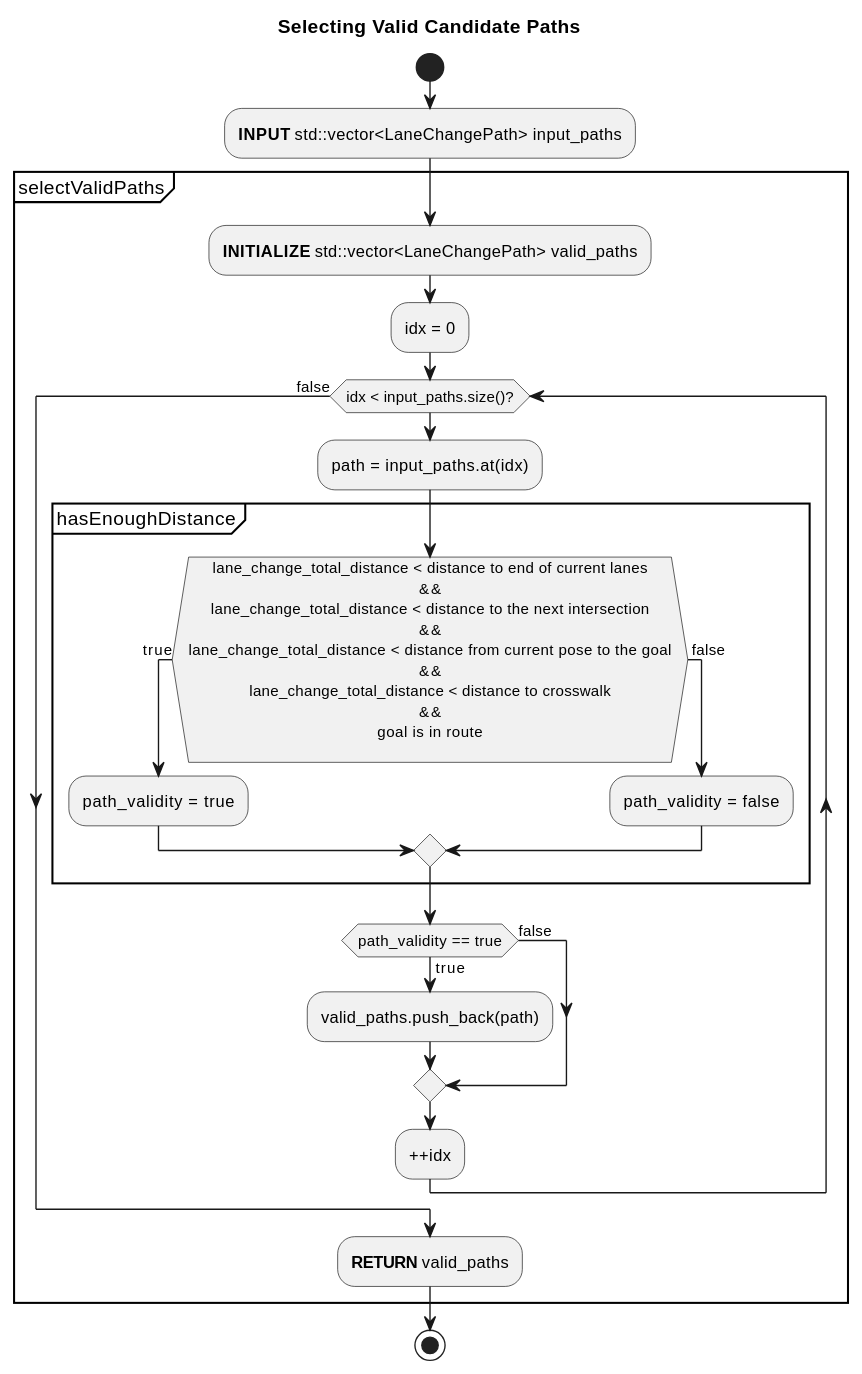
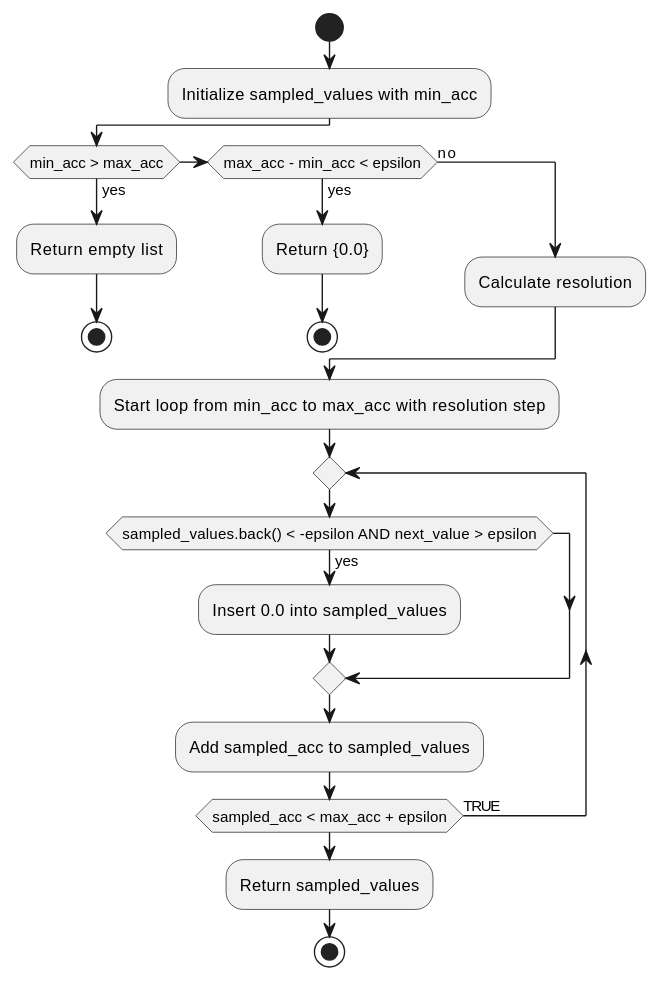
One commit to autowarefoundation/autoware.universe changed the second of 6 diagrams in planning/behavior_path_lane_change_module/README.md. Above: the diagram before and after it, drawn with PlantUML. The commit also changed other lines of this file and 1538 other files, not shown here.

````diff
--- a/planning/behavior_path_lane_change_module/README.md
+++ b/planning/behavior_path_lane_change_module/README.md
@@ -103,52 +123,27 @@
 ```plantuml
 @startuml
-skinparam monochrome true
-skinparam defaultTextAlignment center
-skinparam noteTextAlignment left
+start
+:Initialize sampled_values with min_acc;
 
-title Selecting Valid Candidate Paths
-start
-:**INPUT** std::vector<LaneChangePath> input_paths;
+if (min_acc > max_acc) then (yes)
+  :Return empty list;
+  stop
+elseif (max_acc - min_acc < epsilon) then (yes)
+  :Return {0.0};
+  stop
+else (no)
+  :Calculate resolution;
+endif
 
-partition selectValidPaths {
-:**INITIALIZE** std::vector<LaneChangePath> valid_paths;
+:Start loop from min_acc to max_acc with resolution step;
+repeat
+  if (sampled_values.back() < -epsilon AND next_value > epsilon) then (yes)
+    :Insert 0.0 into sampled_values;
+  endif
+  :Add sampled_acc to sampled_values;
+  repeat while (sampled_acc < max_acc + epsilon) is (TRUE)
 
-:idx = 0;
-
-while (idx < input_paths.size()?)
-
-:path = input_paths.at(idx);
-
-partition hasEnoughDistance {
-
-if(lane_change_total_distance < distance to end of current lanes
-&&
-lane_change_total_distance < distance to the next intersection
-&&
-lane_change_total_distance < distance from current pose to the goal
-&&
-lane_change_total_distance < distance to crosswalk
-&&
-goal is in route
-) then (true)
-:path_validity  = true;
-else (\n false)
-:path_validity  = false;
-endif
-}
-
-if(path_validity == true)then (true)
-
-:valid_paths.push_back(path);
-
-else (\nfalse)
-endif
-:++idx;
-endwhile (false)
-
-:**RETURN** valid_paths;
-
-}
+:Return sampled_values;
 stop
 @enduml
 ```
````
